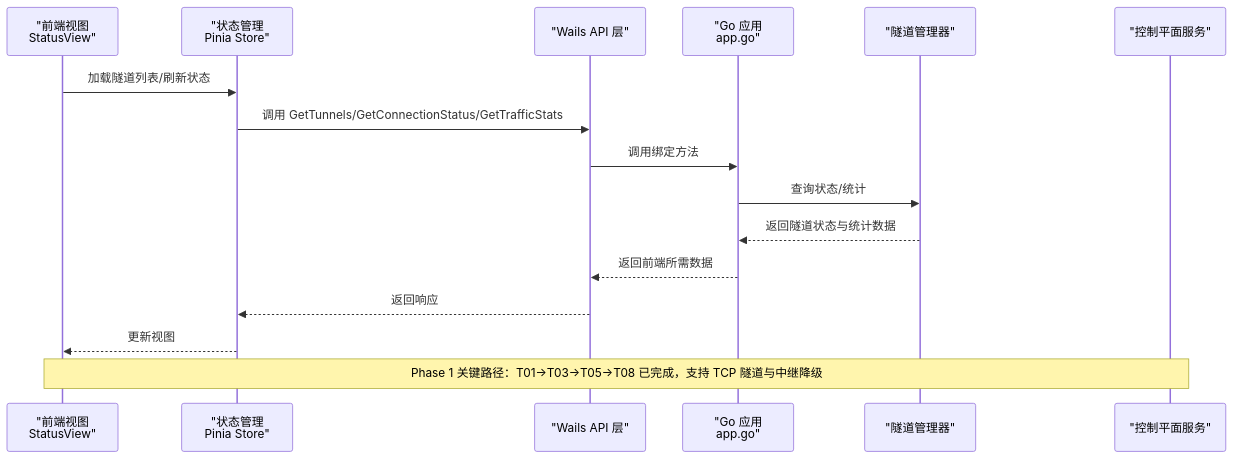
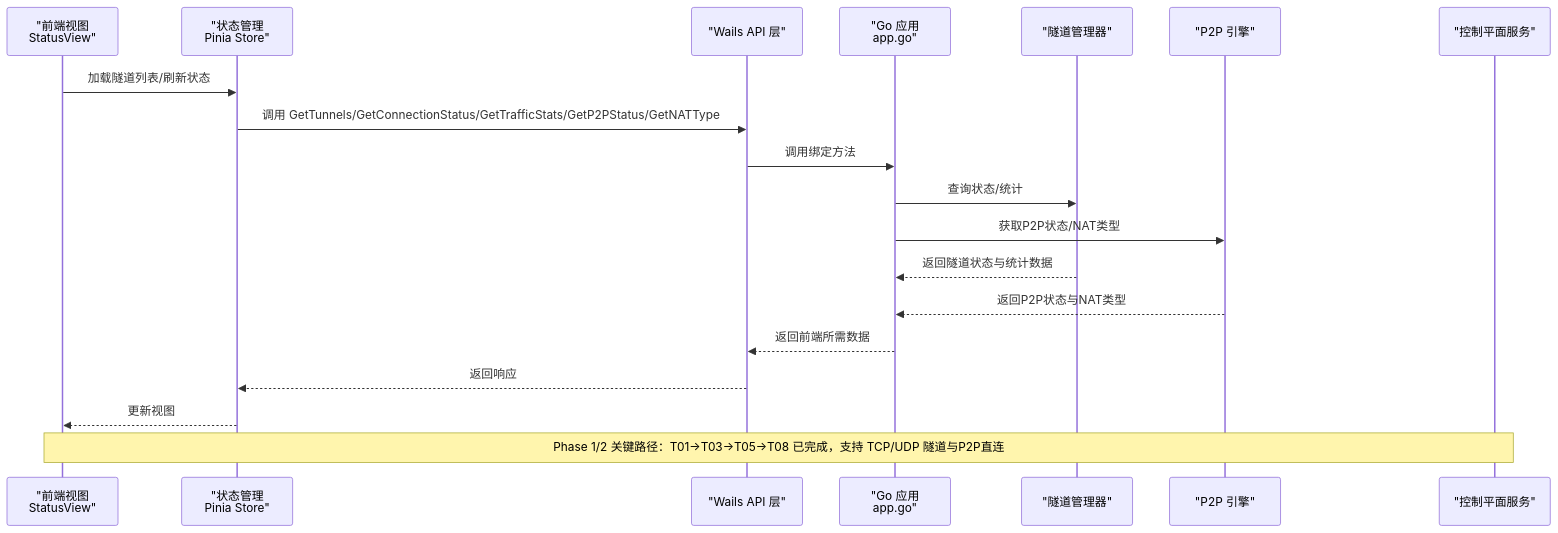
Before and after one commit to itsharex/NexTunnel: the second of 7 diagrams in .qoder/repowiki/zh/content/开发者指南/项目进度跟踪.md, drawn with Mermaid. The commit also changed other lines of this file and 6 other files, not shown here.

First line of the commit message:
docs(progress): 更新项目进度，标记 Phase 2 完成并完善相关文档和视图

````diff
--- a/.qoder/repowiki/zh/content/开发者指南/项目进度跟踪.md
+++ b/.qoder/repowiki/zh/content/开发者指南/项目进度跟踪.md
@@ -113,18 +148,21 @@
 ```mermaid
 sequenceDiagram
 participant UI as "前端视图<br/>StatusView"
 participant Store as "状态管理<br/>Pinia Store"
 participant API as "Wails API 层"
 participant App as "Go 应用<br/>app.go"
 participant Manager as "隧道管理器"
+participant P2PEng as "P2P 引擎"
 participant Server as "控制平面服务"
 UI->>Store : 加载隧道列表/刷新状态
-Store->>API : 调用 GetTunnels/GetConnectionStatus/GetTrafficStats
+Store->>API : 调用 GetTunnels/GetConnectionStatus/GetTrafficStats/GetP2PStatus/GetNATType
 API->>App : 调用绑定方法
 App->>Manager : 查询状态/统计
+App->>P2PEng : 获取P2P状态/NAT类型
 Manager-->>App : 返回隧道状态与统计数据
+P2PEng-->>App : 返回P2P状态与NAT类型
 App-->>API : 返回前端所需数据
 API-->>Store : 返回响应
 Store-->>UI : 更新视图
-Note over UI,Server : Phase 1 关键路径：T01→T03→T05→T08 已完成，支持 TCP 隧道与中继降级
+Note over UI,Server : Phase 1/2 关键路径：T01→T03→T05→T08 已完成，支持 TCP/UDP 隧道与P2P直连
 ```
````
